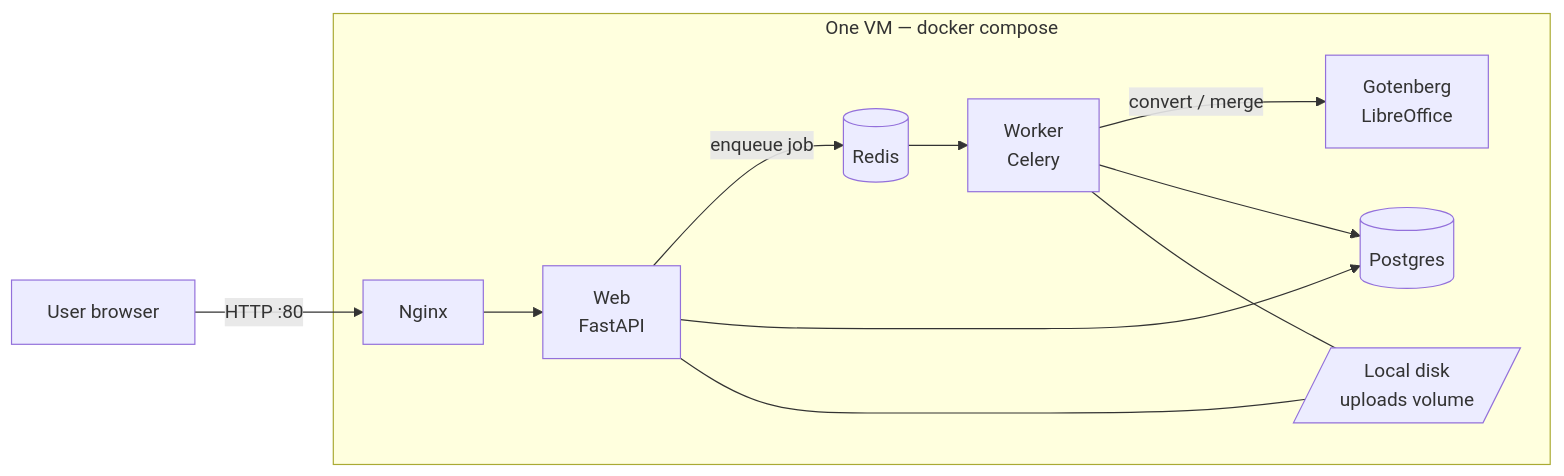
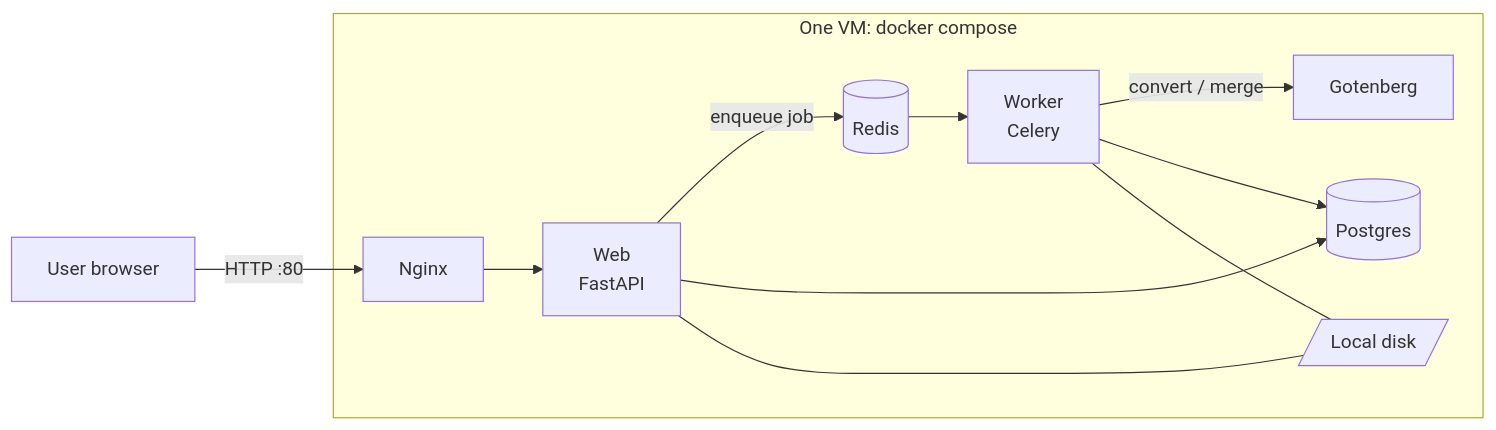
One commit to cyberN3m3/docflow changed the first of 2 diagrams in README.md. Above: the diagram before and after it, drawn with Mermaid. The commit also changed other lines of this file and 4 other files, not shown here.

````diff
--- a/README.md
+++ b/README.md
@@ -14,14 +23,14 @@
 ```mermaid
 flowchart LR
     U[User browser] -->|HTTP :80| N[Nginx]
-    subgraph VM["One VM — docker compose"]
+    subgraph VM["One VM: docker compose"]
         N --> W[Web<br/>FastAPI]
         W -->|enqueue job| R[(Redis)]
         R --> K[Worker<br/>Celery]
-        K -->|convert / merge| G[Gotenberg<br/>LibreOffice]
+        K -->|convert / merge| G[Gotenberg]
         W --> P[(Postgres)]
         K --> P
-        W --- D[/Local disk<br/>uploads volume/]
+        W --- D[/Local disk/]
         K --- D
     end
 ```
````
